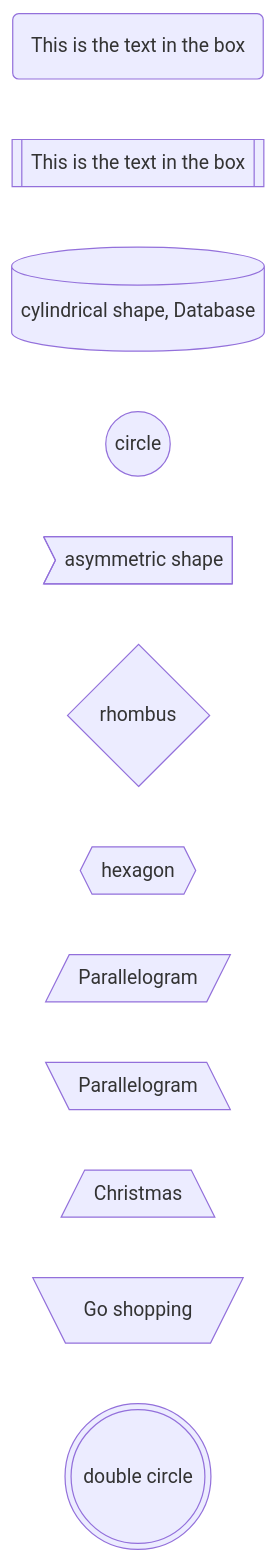
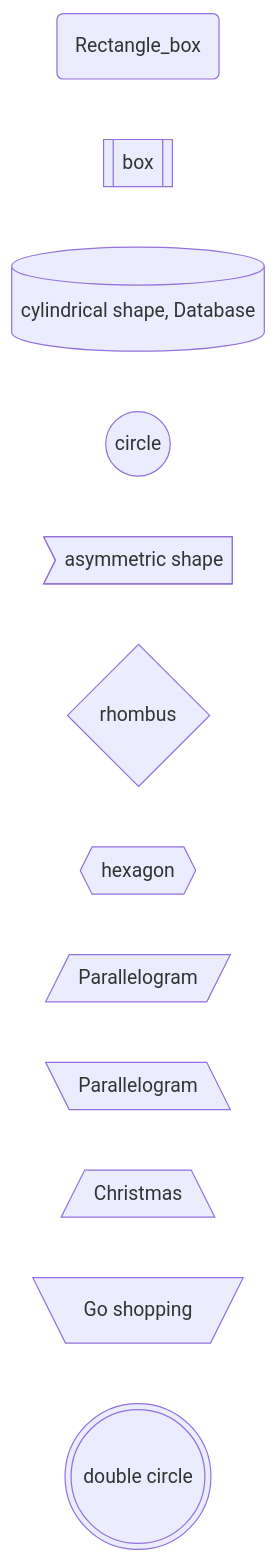
One commit to Yunjong-Lee/WiKi changed the third of 7 diagrams in README.md. Above: the diagram before and after it, drawn with Mermaid.

````diff
--- a/README.md
+++ b/README.md
@@ -45,15 +45,15 @@
 ```mermaid
 flowchart LR
-  id1(This is the text in the box)
-  id2[[This is the text in the box]]
+  id1(Rectangle_box)
+  id2[[box]]
   id3[(cylindrical shape, Database)]
   id4((circle))
   id5>asymmetric shape]
   id6{rhombus}  
   id7{{hexagon}}
   id8[/Parallelogram/]
   id9[\Parallelogram\]
   A[/Christmas\]
   B[\Go shopping/]
   C(((double circle)))
 ```  
````
